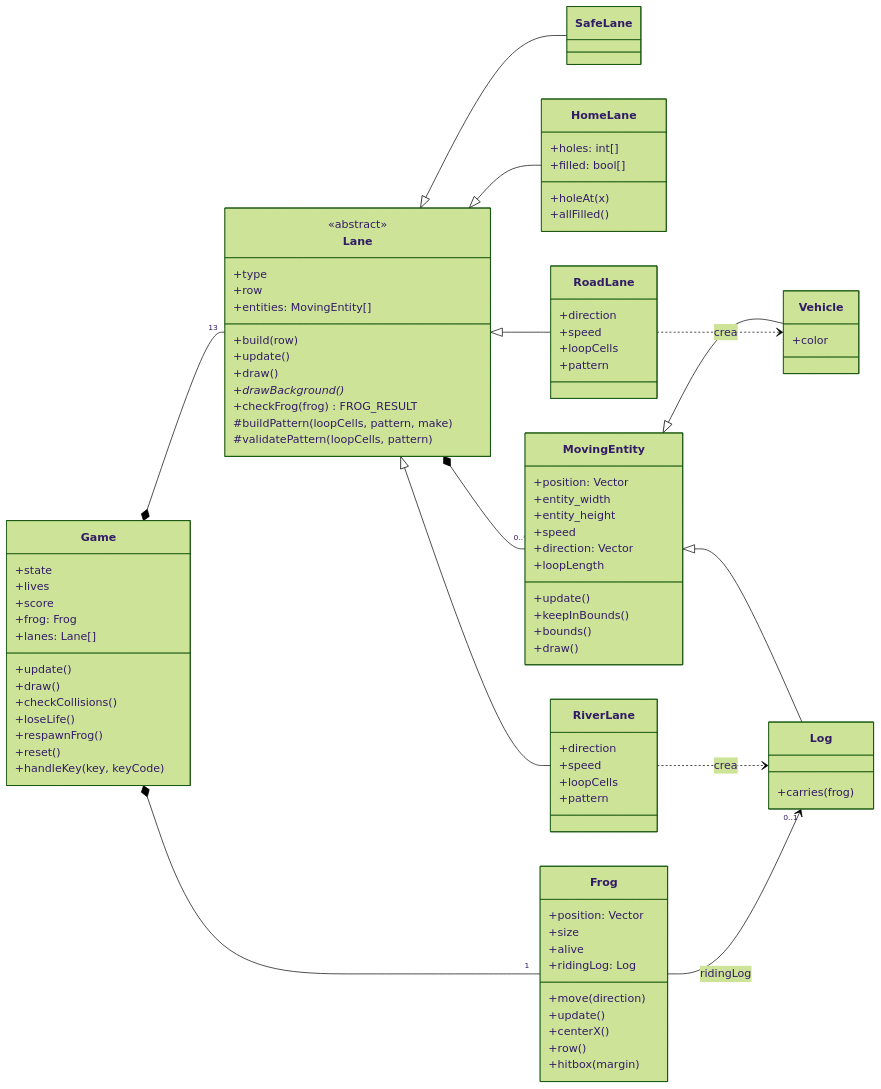
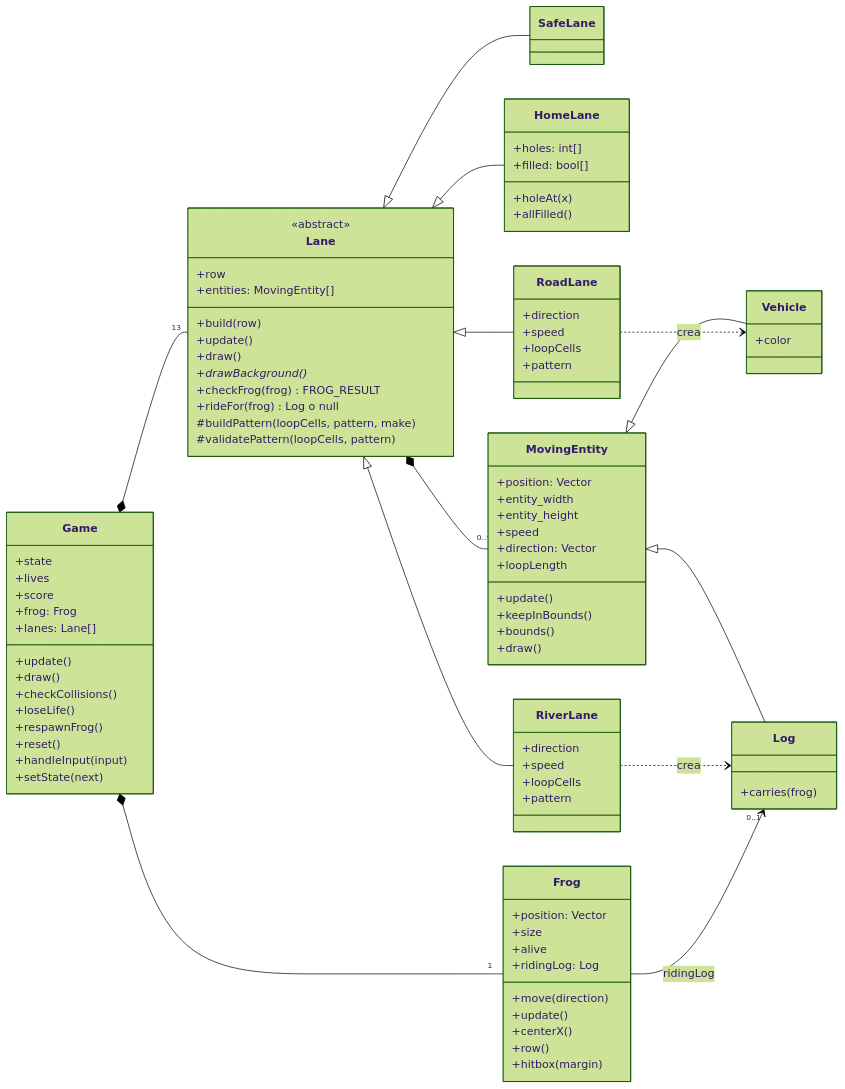
One commit to ShryhakAkizuki/Frogger-Visual_Computing_2026-II changed the first of 3 diagrams in docs/ARQUITECTURA.md. Above: the diagram before and after it, drawn with Mermaid (forest theme). The commit also changed other lines of this file and 7 other files, not shown here.

```diff
--- a/docs/ARQUITECTURA.md
+++ b/docs/ARQUITECTURA.md
@@ -140,12 +142,12 @@
         +loseLife()
         +respawnFrog()
         +reset()
-        +handleKey(key, keyCode)
+        +handleInput(input)
+        +setState(next)
     }
 
     class Lane {
         <<abstract>>
-        +type
         +row
         +entities: MovingEntity[]
         +build(row)
@@ -153,6 +155,7 @@
         +draw()
         +drawBackground()*
         +checkFrog(frog) FROG_RESULT
+        +rideFor(frog) Log o null
         #buildPattern(loopCells, pattern, make)
         #validatePattern(loopCells, pattern)
     }
```
